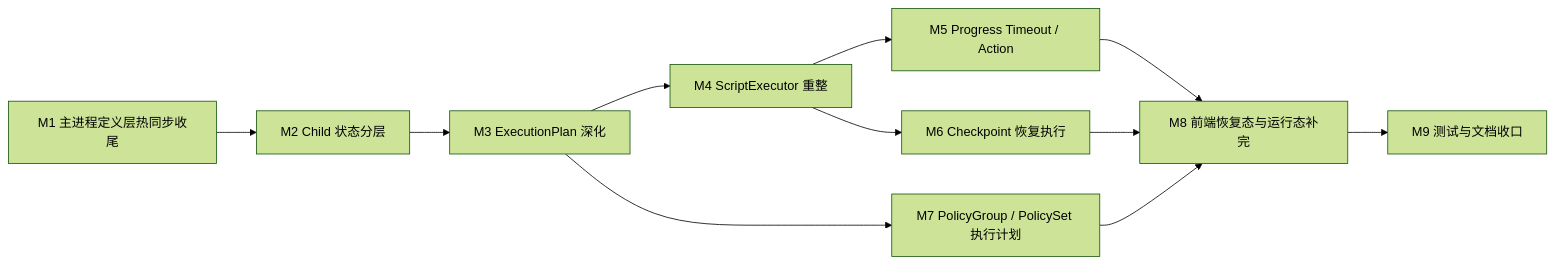
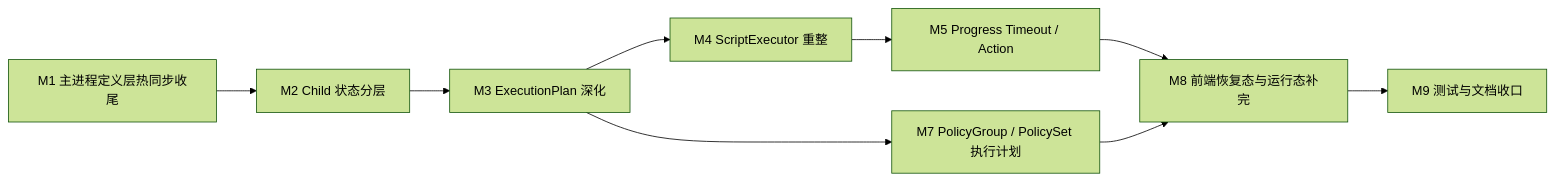
Before and after one commit to ParadiseZ/AutoDaily_Tauri_v2: the diagram in doc/脚本执行流后续改造顺序清单-按模块拆分.md, drawn with Mermaid (forest theme). The commit also changed other lines of this file and 32 other files, not shown here.

````diff
--- a/doc/脚本执行流后续改造顺序清单-按模块拆分.md
+++ b/doc/脚本执行流后续改造顺序清单-按模块拆分.md
@@ -108,13 +125,11 @@
 ```mermaid
 flowchart LR
     A["M1 主进程定义层热同步收尾"] --> B["M2 Child 状态分层"]
     B --> C["M3 ExecutionPlan 深化"]
     C --> D["M4 ScriptExecutor 重整"]
     D --> E["M5 Progress Timeout / Action"]
-    D --> F["M6 Checkpoint 恢复执行"]
     C --> G["M7 PolicyGroup / PolicySet 执行计划"]
     E --> H["M8 前端恢复态与运行态补完"]
-    F --> H
     G --> H
     H --> I["M9 测试与文档收口"]
 ```
````
